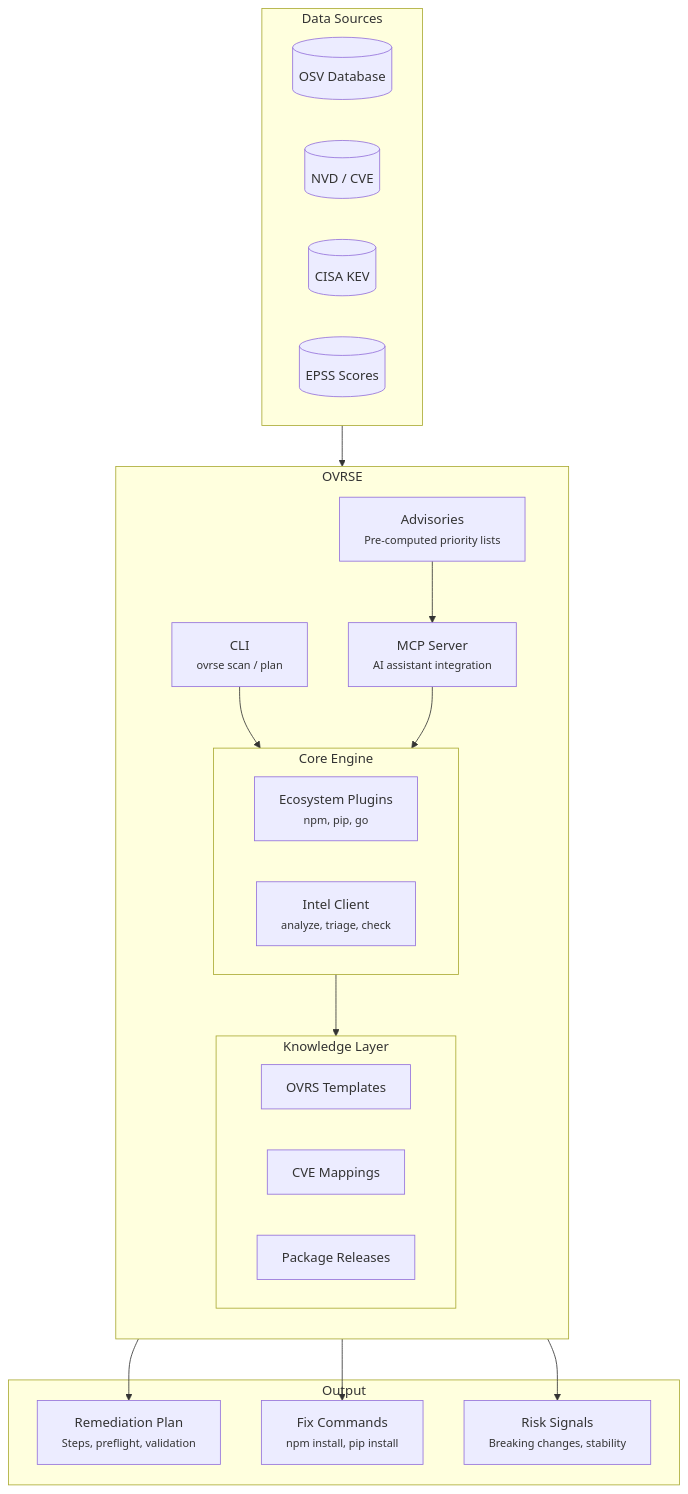
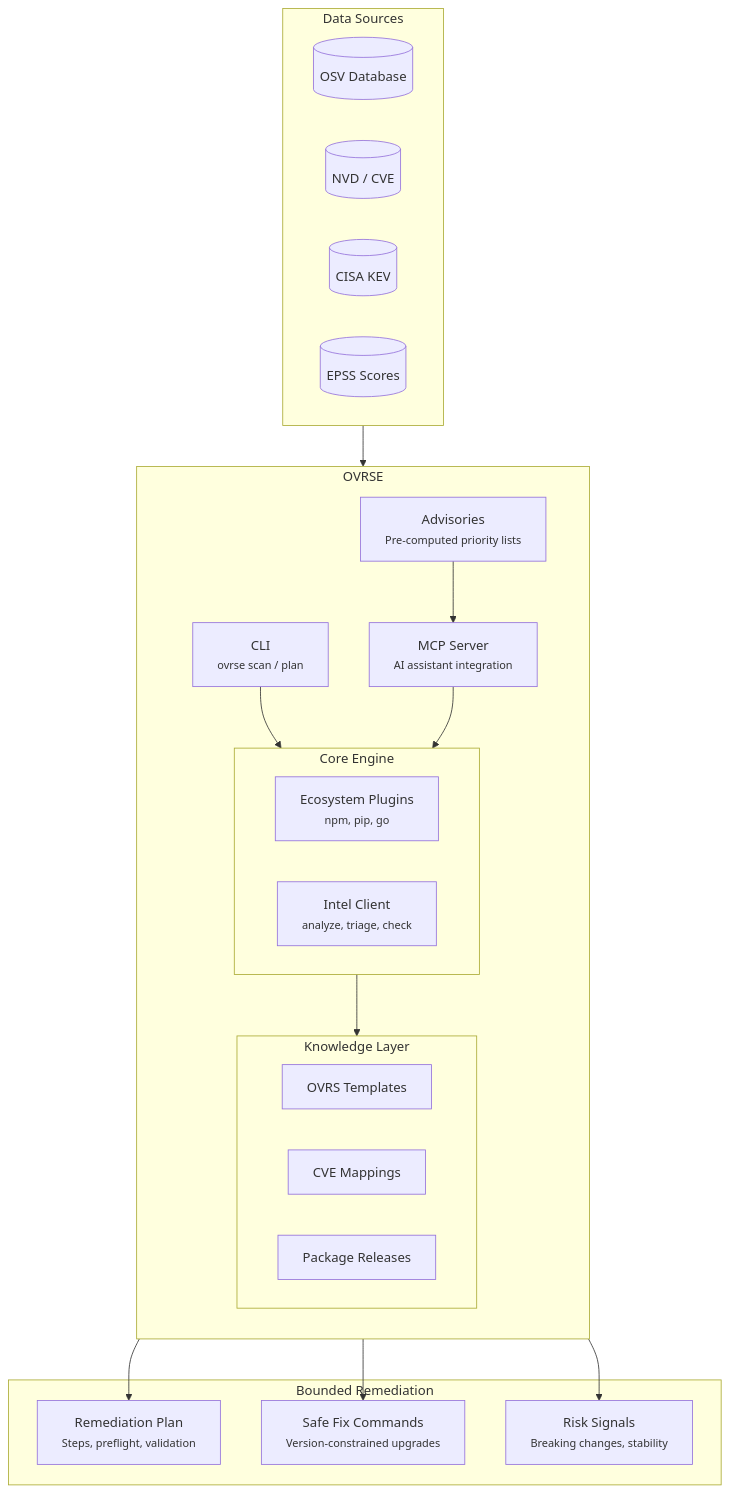
One commit to emphereio/ovrse changed the second of 2 diagrams in README.md. Above: the diagram before and after it, drawn with Mermaid. The commit also changed other lines of this file and 1 other file, not shown here.

````diff
--- a/README.md
+++ b/README.md
@@ -203,42 +271,42 @@
 ```mermaid
 flowchart TB
     subgraph Sources["Data Sources"]
         OSV[("OSV Database")]
         NVD[("NVD / CVE")]
         KEV[("CISA KEV")]
         EPSS[("EPSS Scores")]
     end
 
     subgraph OVRSE["OVRSE"]
         direction TB
         ADV["Advisories<br/><small>Pre-computed priority lists</small>"]
         CLI["CLI<br/><small>ovrse scan / plan</small>"]
         MCP["MCP Server<br/><small>AI assistant integration</small>"]
 
         subgraph Core["Core Engine"]
             PLUGINS["Ecosystem Plugins<br/><small>npm, pip, go</small>"]
             INTEL["Intel Client<br/><small>analyze, triage, check</small>"]
         end
 
         subgraph KB["Knowledge Layer"]
             TPL["OVRS Templates"]
             MAP["CVE Mappings"]
             REL["Package Releases"]
         end
     end
 
-    subgraph Output["Output"]
+    subgraph Output["Bounded Remediation"]
         PLAN["Remediation Plan<br/><small>Steps, preflight, validation</small>"]
-        FIX["Fix Commands<br/><small>npm install, pip install</small>"]
+        FIX["Safe Fix Commands<br/><small>Version-constrained upgrades</small>"]
         RISK["Risk Signals<br/><small>Breaking changes, stability</small>"]
     end
 
     Sources --> Core
     Core --> KB
     ADV --> MCP
     CLI --> Core
     MCP --> Core
     KB --> PLAN
     KB --> FIX
     Core --> RISK
 ```
````
